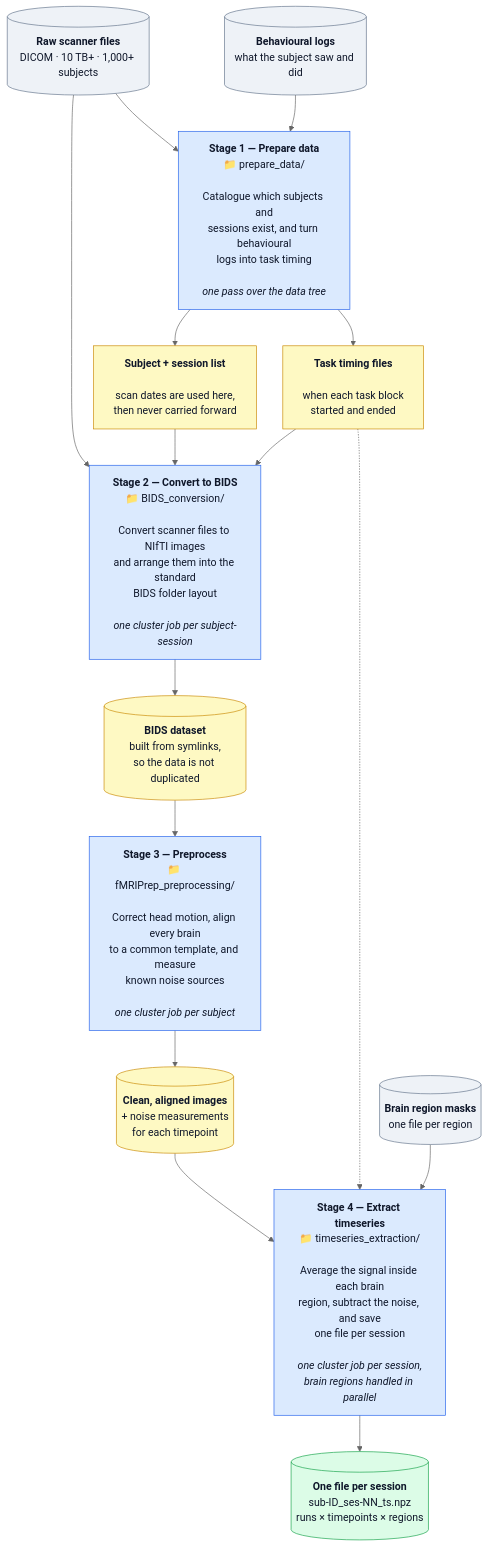
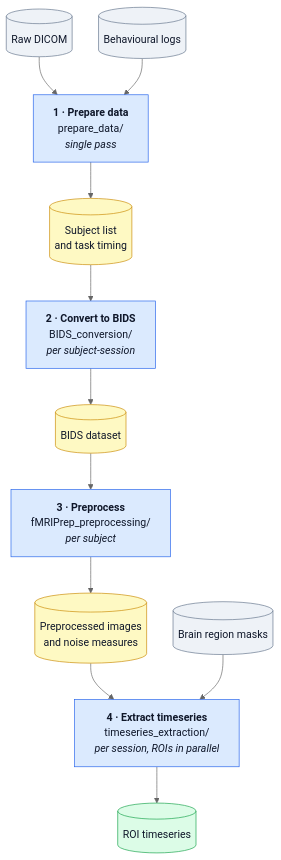
One commit to linjjiang/fMRI_HPC_Pipeline changed the diagram in README.md. Above: the diagram before and after it, drawn with Mermaid (neutral theme).

Commit message:
README: simplify diagram to one step per box
The stage boxes carried three lines of prose each, which had to be
hand-wrapped, and the wrapping split phrases mid-thought so the text ran
together when read.

Each box is now three short lines: step name, folder, unit of
parallelism. No line exceeds 29 characters, so nothing wraps. Dropped
the separate session-map and task-timing nodes and the crossing dotted
edge in favour of a single vertical chain: 10 edges instead of 14. The
detail those boxes carried is already in the prose below the diagram.

````diff
--- a/README.md
+++ b/README.md
@@ -28,42 +28,34 @@
 ```mermaid
 %%{init: {"flowchart": {"nodeSpacing": 40, "rankSpacing": 55, "curve": "basis", "useMaxWidth": true}} }%%
 flowchart TD
-    RAW[("<b>Raw scanner files</b><br/>DICOM · 10 TB+ · 1,000+ subjects")]
-    EP[("<b>Behavioural logs</b><br/>what the subject saw and did")]
-    ROI[("<b>Brain region masks</b><br/>one file per region")]
+    RAW[("Raw DICOM")]
+    EP[("Behavioural logs")]
+    ROI[("Brain region masks")]
 
-    S1["<b>Stage 1 — Prepare data</b><br/>📁 prepare_data/<br/> <br/>Catalogue which subjects and<br/>sessions exist, and turn behavioural<br/>logs into task timing<br/> <br/><i>one pass over the data tree</i>"]
-    MAP["<b>Subject + session list</b><br/> <br/>scan dates are used here,<br/>then never carried forward"]
-    EV["<b>Task timing files</b><br/> <br/>when each task block<br/>started and ended"]
+    S1["<b>1 · Prepare data</b><br/>prepare_data/<br/><i>single pass</i>"]
+    M1[("Subject list<br/>and task timing")]
 
-    S2["<b>Stage 2 — Convert to BIDS</b><br/>📁 BIDS_conversion/<br/> <br/>Convert scanner files to NIfTI images<br/>and arrange them into the standard<br/>BIDS folder layout<br/> <br/><i>one cluster job per subject-session</i>"]
-    BIDS[("<b>BIDS dataset</b><br/>built from symlinks,<br/>so the data is not duplicated")]
+    S2["<b>2 · Convert to BIDS</b><br/>BIDS_conversion/<br/><i>per subject-session</i>"]
+    M2[("BIDS dataset")]
 
-    S3["<b>Stage 3 — Preprocess</b><br/>📁 fMRIPrep_preprocessing/<br/> <br/>Correct head motion, align every brain<br/>to a common template, and measure<br/>known noise sources<br/> <br/><i>one cluster job per subject</i>"]
-    DER[("<b>Clean, aligned images</b><br/>+ noise measurements<br/>for each timepoint")]
+    S3["<b>3 · Preprocess</b><br/>fMRIPrep_preprocessing/<br/><i>per subject</i>"]
+    M3[("Preprocessed images<br/>and noise measures")]
 
-    S4["<b>Stage 4 — Extract timeseries</b><br/>📁 timeseries_extraction/<br/> <br/>Average the signal inside each brain<br/>region, subtract the noise, and save<br/>one file per session<br/> <br/><i>one cluster job per session,<br/>brain regions handled in parallel</i>"]
-    OUT[("<b>One file per session</b><br/>sub-ID_ses-NN_ts.npz<br/>runs × timepoints × regions")]
+    S4["<b>4 · Extract timeseries</b><br/>timeseries_extraction/<br/><i>per session, ROIs in parallel</i>"]
+    OUT[("ROI timeseries")]
 
     RAW --> S1
     EP --> S1
-    S1 --> MAP
-    S1 --> EV
-    RAW --> S2
-    MAP --> S2
-    EV --> S2
-    S2 --> BIDS --> S3 --> DER --> S4
-    EV -.-> S4
+    S1 --> M1 --> S2 --> M2 --> S3 --> M3 --> S4 --> OUT
     ROI --> S4
-    S4 --> OUT
 
     classDef src fill:#eef2f7,stroke:#64748b,color:#0f172a
     classDef stage fill:#dbeafe,stroke:#2563eb,color:#0f172a
     classDef mid fill:#fef9c3,stroke:#ca8a04,color:#0f172a
     classDef out fill:#dcfce7,stroke:#16a34a,color:#0f172a
 
     class RAW,EP,ROI src
     class S1,S2,S3,S4 stage
-    class MAP,EV,BIDS,DER mid
+    class M1,M2,M3 mid
     class OUT out
 ```
````
